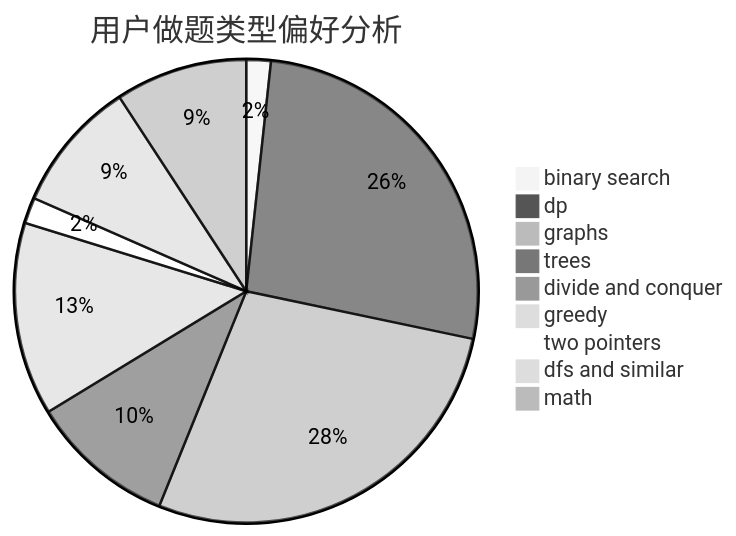
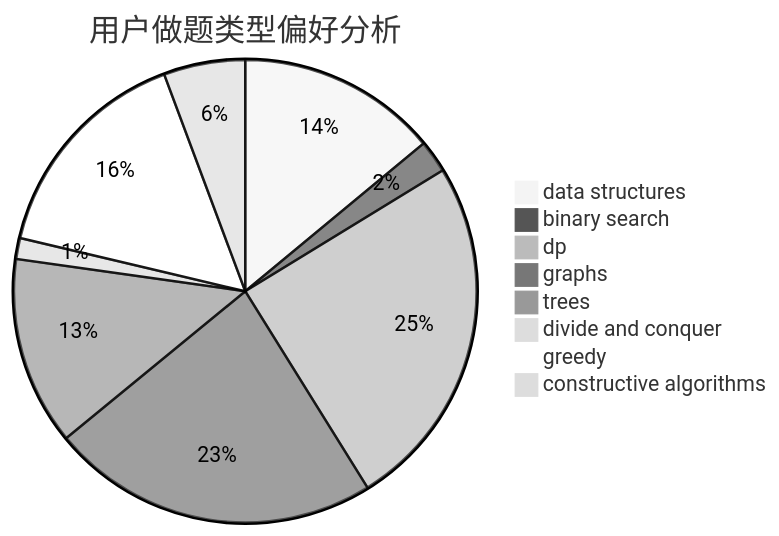
Before and after one commit to sherpahu/cfrs.github.io: the second of 3 diagrams in docs/user/u863.md, drawn with Mermaid (neutral theme). The commit also changed other lines of this file and 2775 other files, not shown here.

````diff
--- a/docs/user/u863.md
+++ b/docs/user/u863.md
@@ -23,12 +23,11 @@
 ```mermaid
 pie title 用户做题类型偏好分析
-    "binary search" :  18
-    "dp" :  280
-    "graphs" :  293
-    "trees" :  107
+    "data structures" :  86
+    "binary search" :  14
+    "dp" :  153
+    "graphs" :  141
+    "trees" :  81
     "divide and conquer" :  9
-    "greedy" :  142
-    "two pointers" :  19
-    "dfs and similar" :  97
-    "math" :  97
+    "greedy" :  96
+    "constructive algorithms" :  35
 ```
````
